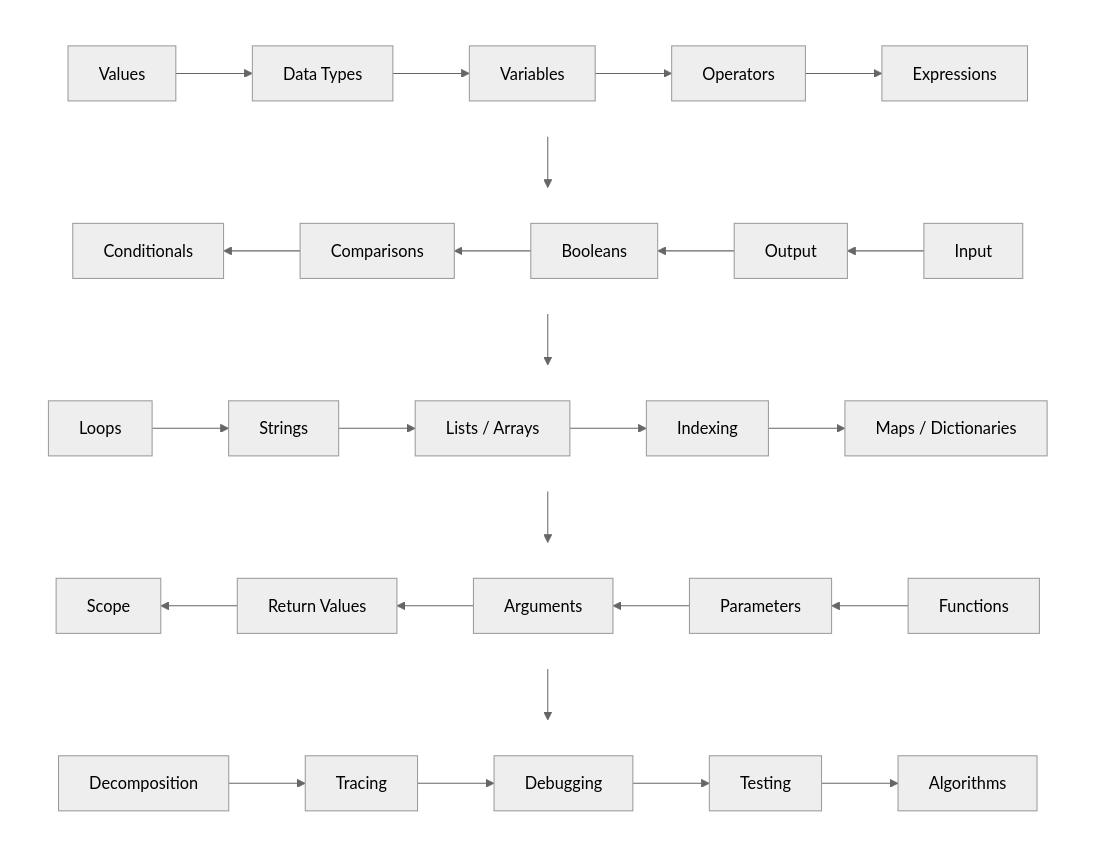
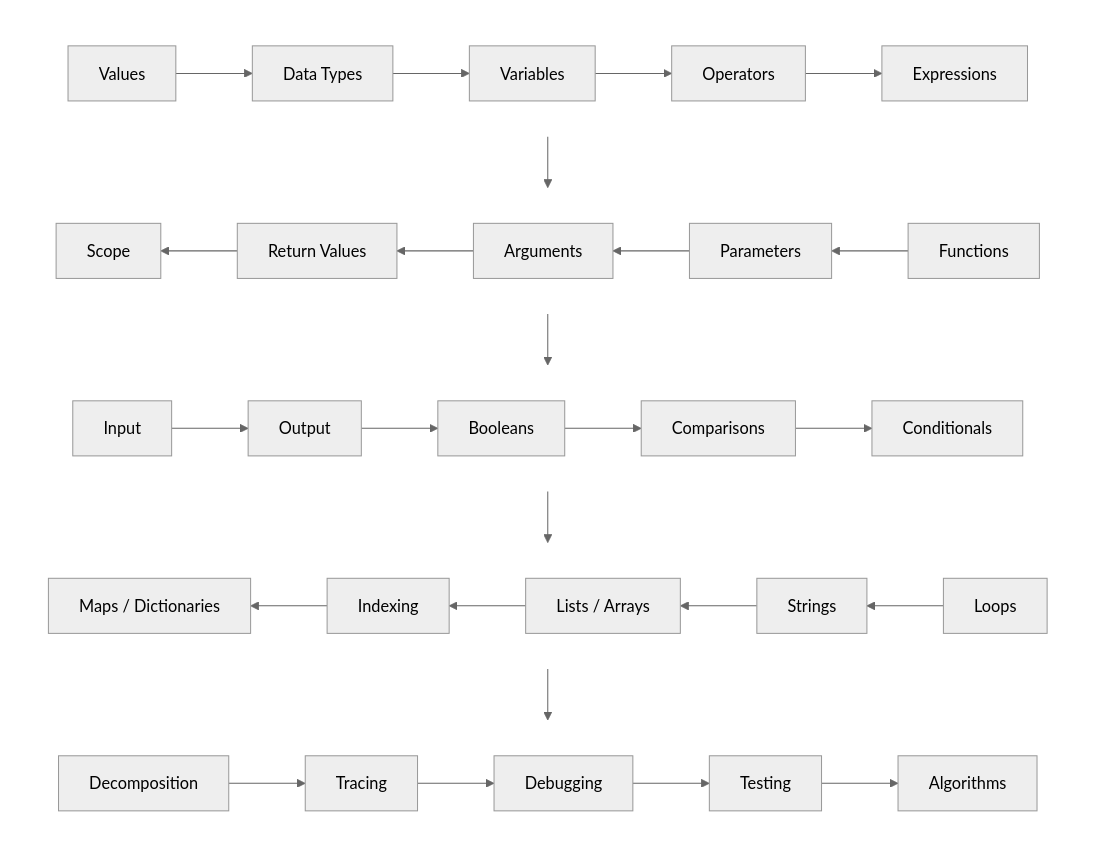
One commit to minh-p/vhmp.dev changed the diagram in content-org/programming-fundamentals.org. Above: the diagram before and after it, drawn with Mermaid (neutral theme). The commit also changed 5 other files, not shown here.

```diff
--- a/content-org/programming-fundamentals.org
+++ b/content-org/programming-fundamentals.org
@@ -13,69 +13,69 @@
 #+BEGIN_SRC mermaid :exports code
 flowchart TB
 
     subgraph R1[" "]
         direction LR
         A["Values"] --> B["Data Types"] --> C["Variables"] --> D["Operators"] --> E["Expressions"]
     end
 
     subgraph R2[" "]
         direction RL
-        F["Input"] --> G["Output"] --> H["Booleans"] --> I["Comparisons"] --> J["Conditionals"]
+        P["Functions"] --> Q["Parameters"] --> R["Arguments"] --> S["Return Values"] --> T["Scope"]
     end
 
     subgraph R3[" "]
         direction LR
-        K["Loops"] --> L["Strings"] --> M["Lists / Arrays"] --> N["Indexing"] --> O["Maps / Dictionaries"]
+        F["Input"] --> G["Output"] --> H["Booleans"] --> I["Comparisons"] --> J["Conditionals"]
     end
 
     subgraph R4[" "]
         direction RL
-        P["Functions"] --> Q["Parameters"] --> R["Arguments"] --> S["Return Values"] --> T["Scope"]
+        K["Loops"] --> L["Strings"] --> M["Lists / Arrays"] --> N["Indexing"] --> O["Maps / Dictionaries"]
     end
 
     subgraph R5[" "]
         direction LR
-        U["Decomposition"] --> V["Tracing"] --> W["Debugging"] --> X["Testing"] --> Y["Algorithms"]
+        U["Decomposition"] --> V["Tracing"] --> W["Debugging"] --> X["Testing"] --> Y["Algorithms"]  
     end
 
     R1 --> R2
     R2 --> R3
     R3 --> R4
     R4 --> R5
 
     style R1 fill:none,stroke:none
     style R2 fill:none,stroke:none
     style R3 fill:none,stroke:none
     style R4 fill:none,stroke:none
     style R5 fill:none,stroke:none
 
     click A "/programming/teaching/programming-fundamentals/values/" "Pieces of information that programs can work with."
     click B "/programming/teaching/programming-fundamentals/data-types/" "Categories of values such as numbers, text, and booleans."
     click C "/programming/teaching/programming-fundamentals/variables/" "Names used to store and refer to values."
     click D "/programming/teaching/programming-fundamentals/operators/" "Symbols that perform operations on values."
     click E "/programming/teaching/programming-fundamentals/expressions/" "Combinations of values and operators that produce new values."
 
     click F "/programming/teaching/programming-fundamentals/input/" "How a program receives information from outside itself."
     click G "/programming/teaching/programming-fundamentals/output/" "How a program communicates information and results."
     click H "/programming/teaching/programming-fundamentals/booleans/" "True and false values used to represent logical states."
     click I "/programming/teaching/programming-fundamentals/comparisons/" "Operations that compare values and produce boolean results."
     click J "/programming/teaching/programming-fundamentals/conditionals/" "Choosing which instructions execute based on a condition."
 
     click K "/programming/teaching/programming-fundamentals/loops/" "Repeating instructions while or until a condition is met."
     click L "/programming/teaching/programming-fundamentals/strings/" "Sequences of characters used to represent and manipulate text."
     click M "/programming/teaching/programming-fundamentals/lists-arrays/" "Ordered collections containing multiple values."
     click N "/programming/teaching/programming-fundamentals/indexing/" "Accessing elements of a sequence by their position."
     click O "/programming/teaching/programming-fundamentals/maps-dictionaries/" "Associating keys with corresponding values."
 
     click P "/programming/teaching/programming-fundamentals/functions/" "Reusable sections of code that perform a particular task."
     click Q "/programming/teaching/programming-fundamentals/parameters/" "Names that describe the inputs accepted by a function."
     click R "/programming/teaching/programming-fundamentals/arguments/" "Actual values supplied when a function is called."
     click S "/programming/teaching/programming-fundamentals/return-values/" "Values sent from a function back to its caller."
     click T "/programming/teaching/programming-fundamentals/scope/" "The region of a program where a name can be accessed."
 
     click U "/programming/teaching/programming-fundamentals/decomposition/" "Breaking a large problem into smaller manageable parts."
     click V "/programming/teaching/programming-fundamentals/tracing/" "Following execution step by step to understand program state."
     click W "/programming/teaching/programming-fundamentals/debugging/" "Finding, understanding, and correcting program errors."
     click X "/programming/teaching/programming-fundamentals/testing/" "Checking that programs behave correctly across different cases."
     click Y "/programming/teaching/programming-fundamentals/algorithms/" "Precise step-by-step procedures for solving computational problems."
 #+END_SRC
```
